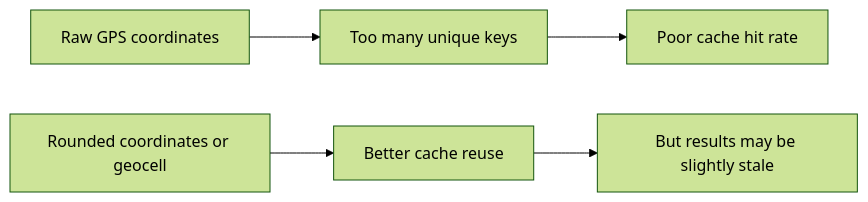
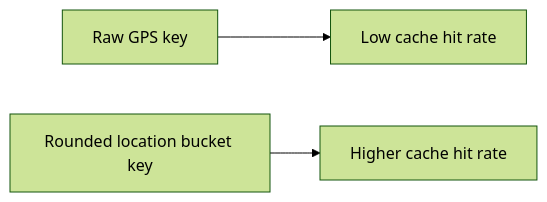
One commit to mthaiseer/springcloud-systemdesign-notes changed the tenth of 18 diagrams in HLD_NOTES/004_INTERVIEW_PROBLEMS/013_proximity_service_visual_notes.md. Above: the diagram before and after it, drawn with Mermaid (forest theme). The commit also changed other lines of this file and 1 other file, not shown here.

````diff
--- a/HLD_NOTES/004_INTERVIEW_PROBLEMS/013_proximity_service_visual_notes.md
+++ b/HLD_NOTES/004_INTERVIEW_PROBLEMS/013_proximity_service_visual_notes.md
@@ -669,8 +813,5 @@
 ```mermaid
 flowchart LR
-    A[Raw GPS coordinates] --> B[Too many unique keys]
-    B --> C[Poor cache hit rate]
-
-    D[Rounded coordinates or geocell] --> E[Better cache reuse]
-    E --> F[But results may be slightly stale]
+    A[Raw GPS key] --> B[Low cache hit rate]
+    C[Rounded location bucket key] --> D[Higher cache hit rate]
 ```
````
